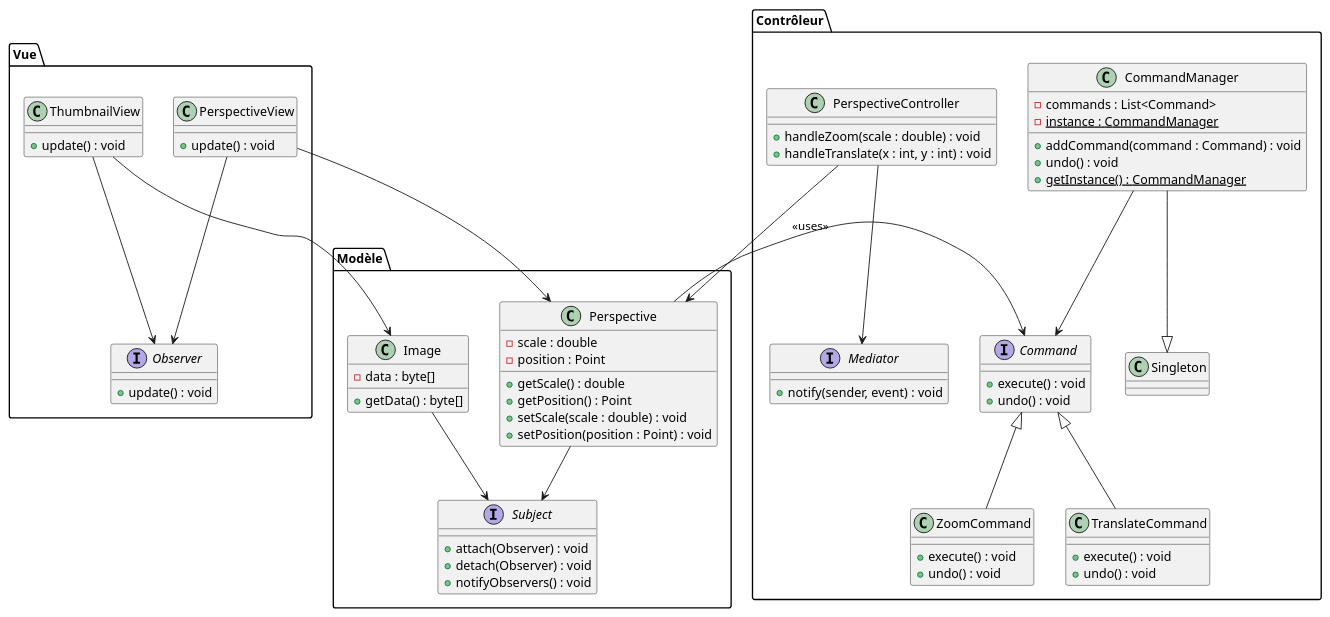
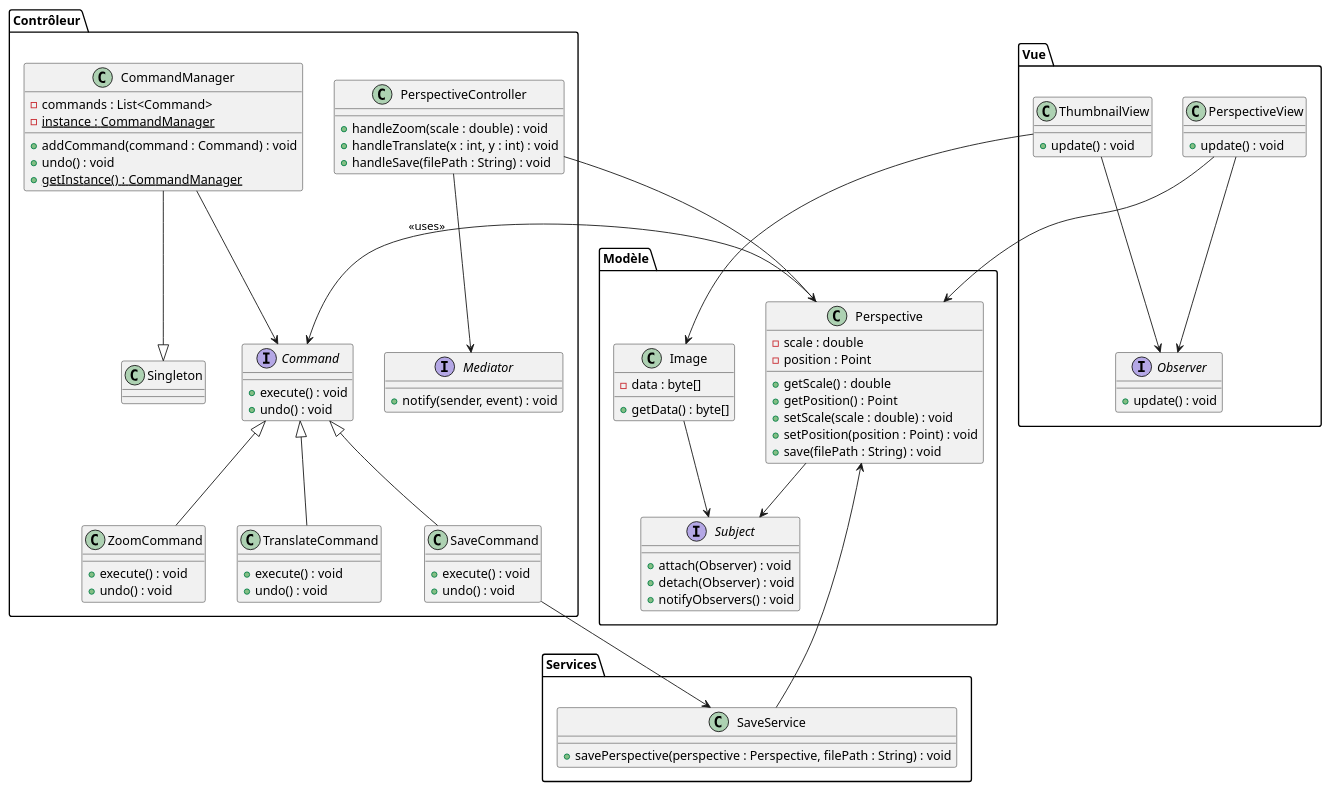
Before and after one commit to Apologieze/LAB5: the diagram in src/main/diagram.puml, drawn with PlantUML.

Commit message:
Update diagram.puml add save

```diff
--- a/src/main/diagram.puml
+++ b/src/main/diagram.puml
@@ -1,99 +1,118 @@
 @startuml
 ' Define main packages for MVC structure
 package "Modèle" {
     ' Classes in the model
     class Image {
         - data : byte[]
         + getData() : byte[]
     }
 
     class Perspective {
         - scale : double
         - position : Point
         + getScale() : double
         + getPosition() : Point
         + setScale(scale : double) : void
         + setPosition(position : Point) : void
+        + save(filePath : String) : void
     }
 
     ' Observer pattern for model update notification
     interface Subject {
         + attach(Observer) : void
         + detach(Observer) : void
         + notifyObservers() : void
     }
 
     ' Image and Perspective are separate subjects in Observer pattern
     Image --> Subject
     Perspective --> Subject
+}
+
+package "Services" {
+    ' Service for saving perspectives to a file
+    class SaveService {
+        + savePerspective(perspective : Perspective, filePath : String) : void
+    }
 }
 
 package "Vue" {
     ' Classes in the view
     interface Observer {
         + update() : void
     }
 
     class ThumbnailView {
         + update() : void
     }
 
     class PerspectiveView {
         + update() : void
     }
 
     ThumbnailView --> Observer
     PerspectiveView --> Observer
 }
 
 package "Contrôleur" {
     ' Command pattern for undoable operations
     interface Command {
         + execute() : void
         + undo() : void
     }
 
     ' Specific commands for zoom and translation
     class ZoomCommand {
         + execute() : void
         + undo() : void
     }
 
     class TranslateCommand {
         + execute() : void
         + undo() : void
     }
 
     Command <|-- ZoomCommand
     Command <|-- TranslateCommand
 
+    ' Command for saving a perspective
+    class SaveCommand {
+        + execute() : void
+        + undo() : void
+    }
+
+    Command <|-- SaveCommand
+
     ' Singleton pattern for command history management
     class CommandManager {
         - commands : List<Command>
         + addCommand(command : Command) : void
         + undo() : void
         {static} - instance : CommandManager
         {static} + getInstance() : CommandManager
     }
 
     ' Mediator pattern (optional) for interaction between controls
     interface Mediator {
         + notify(sender, event) : void
     }
 
     class PerspectiveController {
         + handleZoom(scale : double) : void
         + handleTranslate(x : int, y : int) : void
+        + handleSave(filePath : String) : void
     }
 
     PerspectiveController --> Mediator
     CommandManager --> Command
     CommandManager --|> Singleton
 }
 
 ' Relationships between model, view, and controller
 Perspective --> Command : <<uses>>
 ThumbnailView --> Image
 PerspectiveView --> Perspective
 PerspectiveController --> Perspective
+SaveService --> Perspective
+SaveCommand --> SaveService
 @enduml
```
